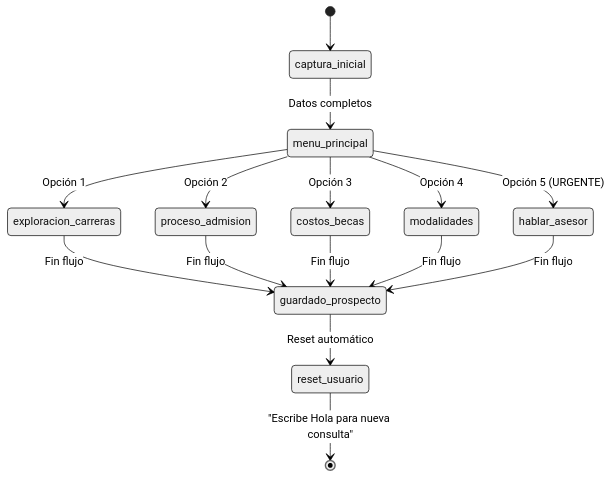
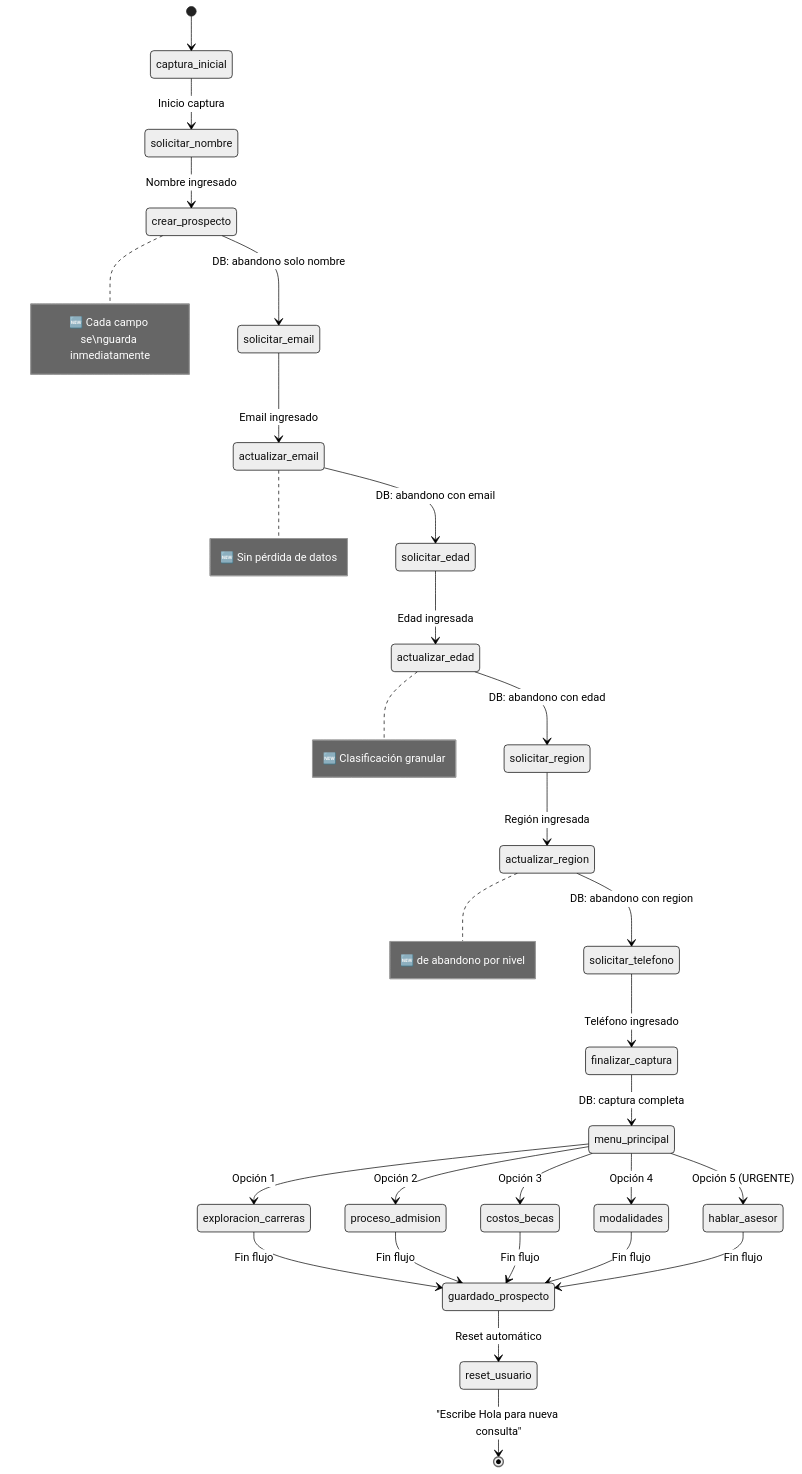
One commit to direccionTIUniacc/chat-bot changed the second of 4 diagrams in arquitectura.md. Above: the diagram before and after it, drawn with Mermaid (neutral theme). The commit also changed other lines of this file, not shown here.

````diff
--- a/arquitectura.md
+++ b/arquitectura.md
@@ -107,17 +108,35 @@
 ```mermaid
 stateDiagram-v2
     [*] --> captura_inicial
-    captura_inicial --> menu_principal: Datos completos
+    captura_inicial --> solicitar_nombre: Inicio captura
+    solicitar_nombre --> crear_prospecto: Nombre ingresado
+    crear_prospecto --> solicitar_email: DB: abandono solo nombre
+    solicitar_email --> actualizar_email: Email ingresado
+    actualizar_email --> solicitar_edad: DB: abandono con email
+    solicitar_edad --> actualizar_edad: Edad ingresada
+    actualizar_edad --> solicitar_region: DB: abandono con edad
+    solicitar_region --> actualizar_region: Región ingresada
+    actualizar_region --> solicitar_telefono: DB: abandono con region
+    solicitar_telefono --> finalizar_captura: Teléfono ingresado
+    finalizar_captura --> menu_principal: DB: captura completa
+    
     menu_principal --> exploracion_carreras: Opción 1
     menu_principal --> proceso_admision: Opción 2
     menu_principal --> costos_becas: Opción 3
     menu_principal --> modalidades: Opción 4
     menu_principal --> hablar_asesor: Opción 5 (URGENTE)
+    
     exploracion_carreras --> guardado_prospecto: Fin flujo
     proceso_admision --> guardado_prospecto: Fin flujo
     costos_becas --> guardado_prospecto: Fin flujo
     modalidades --> guardado_prospecto: Fin flujo
     hablar_asesor --> guardado_prospecto: Fin flujo
+    
     guardado_prospecto --> reset_usuario: Reset automático
     reset_usuario --> [*]: "Escribe Hola para nueva consulta"
+    
+    note right of crear_prospecto: 🆕 Cada campo se\nguarda inmediatamente
+    note right of actualizar_email: 🆕 Sin pérdida de datos
+    note right of actualizar_edad: 🆕 Clasificación granular
+    note right of actualizar_region: 🆕 de abandono por nivel
 ```
````
